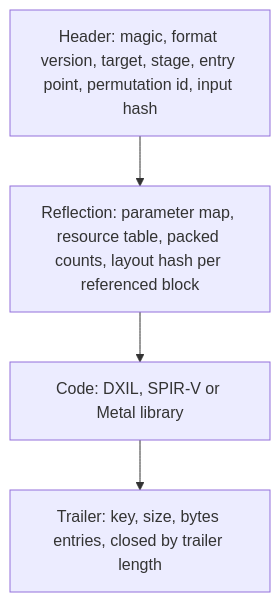
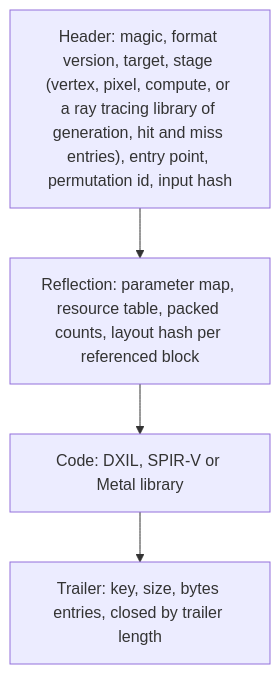
One commit to plainsight-systems/bullet-witch changed the fourth of 4 diagrams in docs/architecture/shaders.md. Above: the diagram before and after it, drawn with Mermaid. The commit also changed other lines of this file and 12 other files, not shown here.

````diff
--- a/docs/architecture/shaders.md
+++ b/docs/architecture/shaders.md
@@ -127,8 +129,8 @@
 ```mermaid
 flowchart TB
-    H["Header: magic, format version, target, stage, entry point, permutation id, input hash"]
+    H["Header: magic, format version, target, stage (vertex, pixel, compute, or a ray tracing library of generation, hit and miss entries), entry point, permutation id, input hash"]
     R["Reflection: parameter map, resource table, packed counts, layout hash per referenced block"]
     K["Code: DXIL, SPIR-V or Metal library"]
     T["Trailer: key, size, bytes entries, closed by trailer length"]
     H --> R --> K --> T
 ```
````
